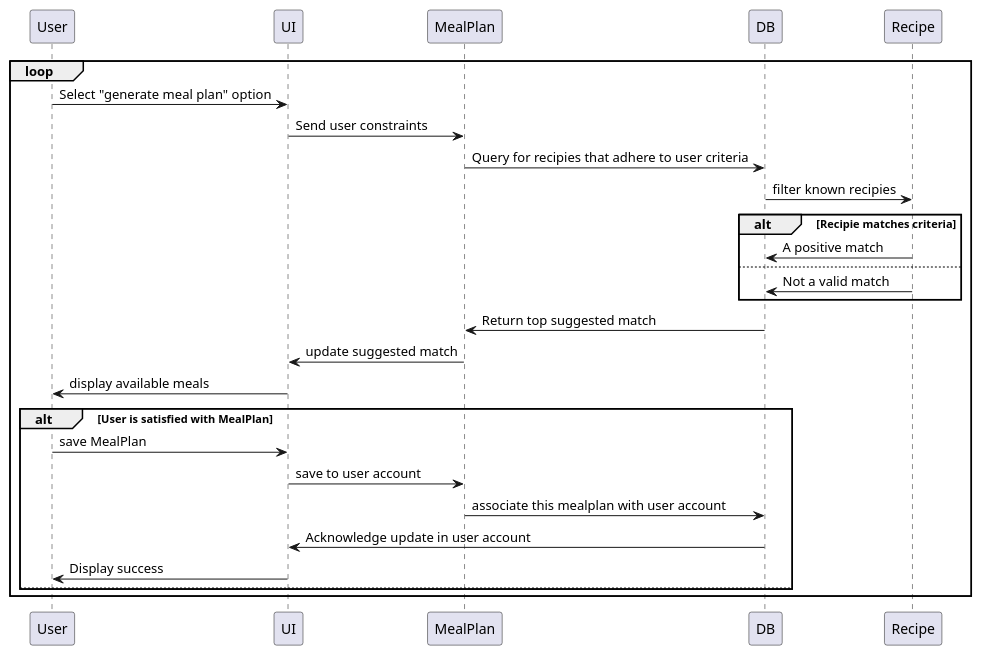
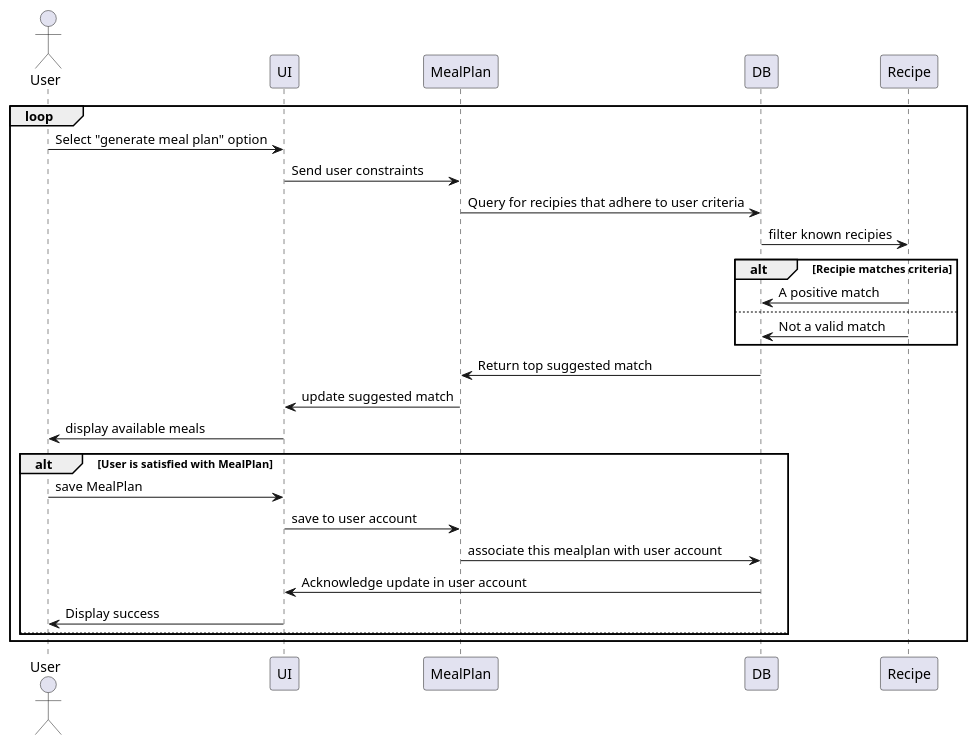
One commit to NativeVex/design_project_pumls changed the diagram in PlanMealsForWeek.puml. Above: the diagram before and after it, drawn with PlantUML. The commit also changed 4 other files, not shown here.

```diff
--- a/PlanMealsForWeek.puml
+++ b/PlanMealsForWeek.puml
@@ -1,24 +1,25 @@
 @startuml
+Actor User as User
 loop
         User -> UI: Select "generate meal plan" option
         UI -> MealPlan: Send user constraints
         MealPlan -> DB: Query for recipies that adhere to user criteria
         DB -> Recipe: filter known recipies
         alt Recipie matches criteria
                 Recipe -> DB: A positive match
         else
                 Recipe -> DB: Not a valid match
         end
         DB -> MealPlan: Return top suggested match
         MealPlan -> UI: update suggested match
         UI -> User: display available meals
         alt User is satisfied with MealPlan
                 User -> UI: save MealPlan
                 UI -> MealPlan: save to user account
                 MealPlan -> DB: associate this mealplan with user account
                 DB -> UI: Acknowledge update in user account
                 UI -> User: Display success
         else
         end
 end
 @enduml
```
